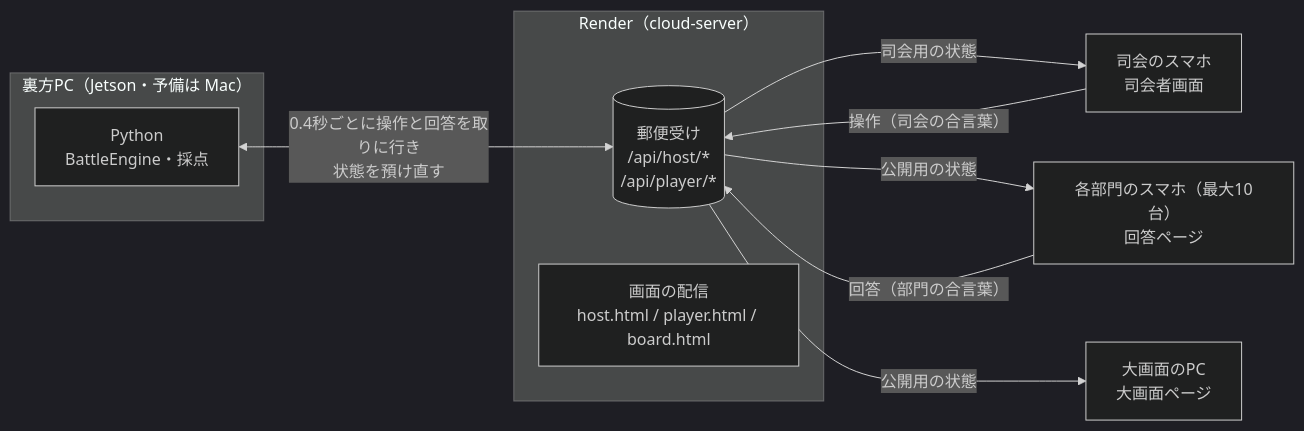
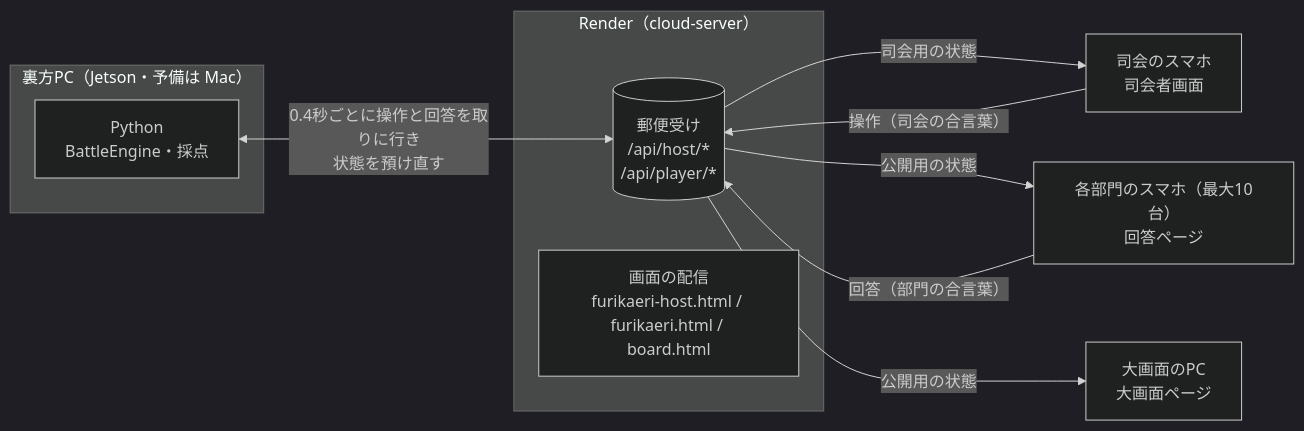
Before and after one commit to suzuka-kosen-festa/2026-suzuleague: the diagram in docs/furikaeri/design.md, drawn with Mermaid (dark theme). The commit also changed other lines of this file and 29 other files, not shown here.

````diff
--- a/docs/furikaeri/design.md
+++ b/docs/furikaeri/design.md
@@ -23,20 +23,20 @@
 ```mermaid
 flowchart LR
     subgraph backstage["裏方PC（Jetson・予備は Mac）"]
         py["Python<br>BattleEngine・採点"]
     end
     subgraph render["Render（cloud-server）"]
         mail[("郵便受け<br>/api/host/*<br>/api/player/*")]
-        pages["画面の配信<br>host.html / player.html / board.html"]
+        pages["画面の配信<br>furikaeri-host.html / furikaeri.html / board.html"]
     end
     host["司会のスマホ<br>司会者画面"]
     phones["各部門のスマホ（最大10台）<br>回答ページ"]
     board["大画面のPC<br>大画面ページ"]
 
     host -->|"操作（司会の合言葉）"| mail
     phones -->|"回答（部門の合言葉）"| mail
     py <-->|"0.4秒ごとに操作と回答を取りに行き<br>状態を預け直す"| mail
     mail -->|"司会用の状態"| host
     mail -->|"公開用の状態"| phones
     mail -->|"公開用の状態"| board
 ```
````
